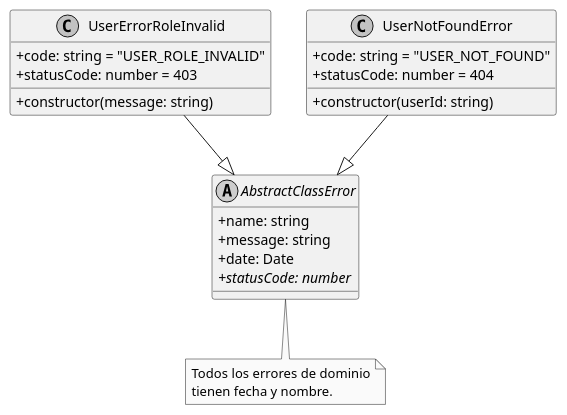
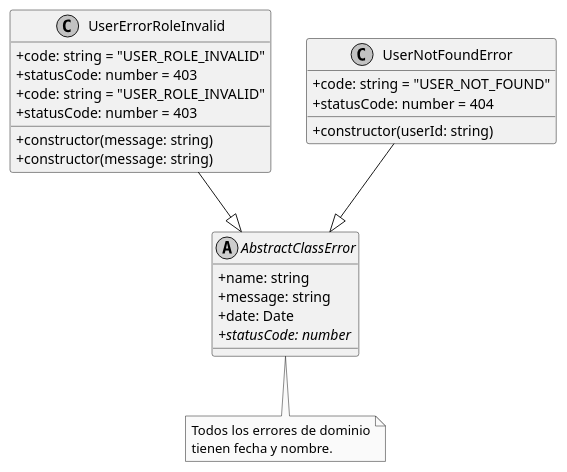
Before and after one commit to GabrielLeonett/GuerrerosAzules: the diagram in backend/docs/AbstractClassError.puml, drawn with PlantUML.

Commit message:
segundo committ de Eduflow

```diff
--- a/backend/docs/AbstractClassError.puml
+++ b/backend/docs/AbstractClassError.puml
@@ -1,29 +1,35 @@
 @startuml Clase AbstractClassError
 skinparam classAttributeIconSize 0
 skinparam monochrome true
 
 abstract class AbstractClassError {
   + name: string
   + message: string
   + date: Date
   + {abstract} statusCode: number
+}
+
+class UserErrorRoleInvalid {
+  + code: string = "USER_ROLE_INVALID"
+  + statusCode: number = 403
+  + constructor(message: string)
 }
 
 class UserErrorRoleInvalid {
   + code: string = "USER_ROLE_INVALID"
   + statusCode: number = 403
   + constructor(message: string)
 }
 
 class UserNotFoundError {
   + code: string = "USER_NOT_FOUND"
   + statusCode: number = 404
   + constructor(userId: string)
 }
 
 ' Relaciones de herencia
 UserErrorRoleInvalid --|> AbstractClassError
 UserNotFoundError --|> AbstractClassError
 
 note bottom of AbstractClassError : Todos los errores de dominio\ntienen fecha y nombre.
 @enduml
```
